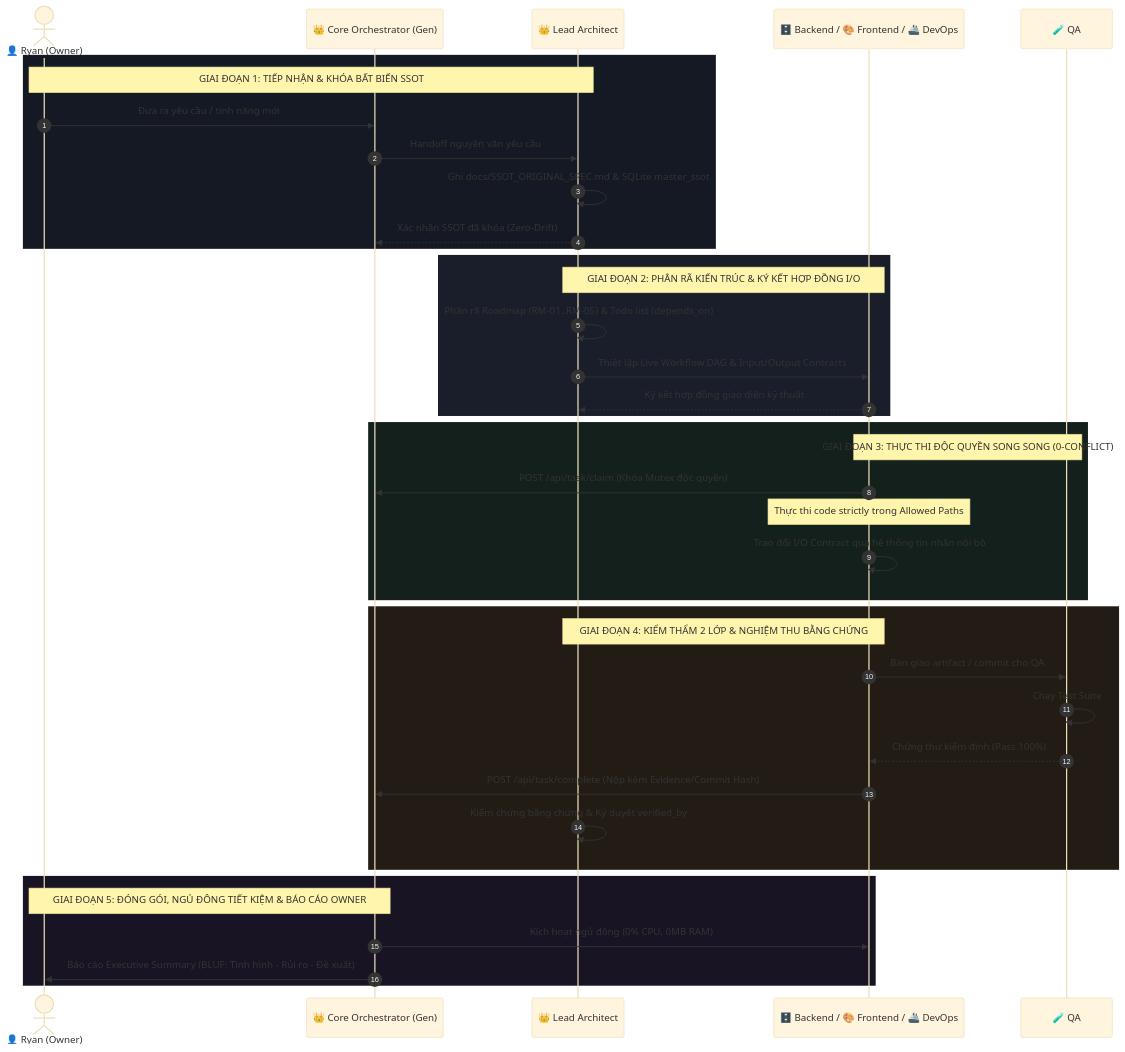
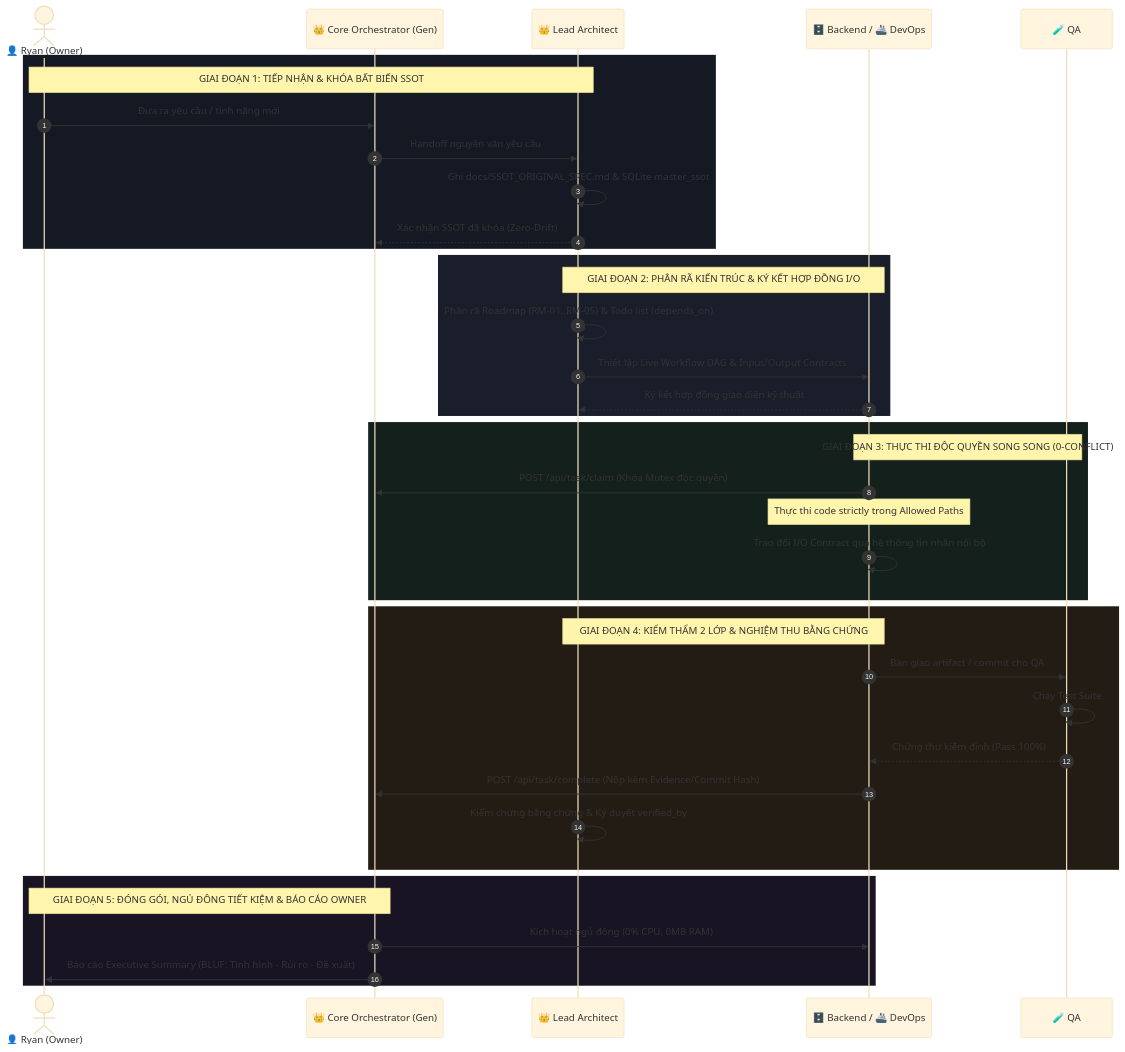
The second of 2 diagrams in docs/STANDARD_SQUAD_AND_WORKFLOW.md (Genesis-ryan-84-0567536339/gen-workplace), drawn with Mermaid (base theme) before and after one commit. The commit also changed other lines of this file and 14 other files, not shown here.

First line of the commit message:
Bỏ vai frontend (retired, giữ lịch sử); @frontend trả lỗi rõ; việc giao diện chuyển cho @backend (#39) (#40)

````diff
--- a/docs/STANDARD_SQUAD_AND_WORKFLOW.md
+++ b/docs/STANDARD_SQUAD_AND_WORKFLOW.md
@@ -89,51 +87,51 @@
 ```mermaid
 sequenceDiagram
     autonumber
     actor Owner as 👤 Ryan (Owner)
     participant Gen as 👑 Core Orchestrator (Gen)
     participant Lead as 👑 Lead Architect
-    participant Builders as 🗄️ Backend / 🎨 Frontend / 🚢 DevOps
+    participant Builders as 🗄️ Backend / 🚢 DevOps
     participant Verifiers as 🧪 QA
 
     %% Stage 1
     rect rgb(20, 25, 35)
     Note over Owner, Lead: GIAI ĐOẠN 1: TIẾP NHẬN & KHÓA BẤT BIẾN SSOT
     Owner->>Gen: Đưa ra yêu cầu / tính năng mới
     Gen->>Lead: Handoff nguyên văn yêu cầu
     Lead->>Lead: Ghi docs/SSOT_ORIGINAL_SPEC.md & SQLite master_ssot
     Lead-->>Gen: Xác nhận SSOT đã khóa (Zero-Drift)
     end
 
     %% Stage 2
     rect rgb(25, 30, 42)
     Note over Lead, Builders: GIAI ĐOẠN 2: PHÂN RÃ KIẾN TRÚC & KÝ KẾT HỢP ĐỒNG I/O
     Lead->>Lead: Phân rã Roadmap (RM-01..RM-05) & Todo list (depends_on)
     Lead->>Builders: Thiết lập Live Workflow DAG & Input/Output Contracts
     Builders-->>Lead: Ký kết hợp đồng giao diện kỹ thuật
     end
 
     %% Stage 3
     rect rgb(20, 32, 28)
     Note over Builders, Verifiers: GIAI ĐOẠN 3: THỰC THI ĐỘC QUYỀN SONG SONG (0-CONFLICT)
     Builders->>Gen: POST /api/task/claim (Khóa Mutex độc quyền)
     Note over Builders: Thực thi code strictly trong Allowed Paths
     Builders->>Builders: Trao đổi I/O Contract qua hệ thống tin nhắn nội bộ
     end
 
     %% Stage 4
     rect rgb(35, 28, 20)
     Note over Builders, Lead: GIAI ĐOẠN 4: KIỂM THẨM 2 LỚP & NGHIỆM THU BẰNG CHỨNG
     Builders->>Verifiers: Bàn giao artifact / commit cho QA
     Verifiers->>Verifiers: Chạy Test Suite
     Verifiers-->>Builders: Chứng thư kiểm định (Pass 100%)
     Builders->>Gen: POST /api/task/complete (Nộp kèm Evidence/Commit Hash)
     Lead->>Lead: Kiểm chứng bằng chứng & Ký duyệt verified_by
     end
 
     %% Stage 5
     rect rgb(24, 20, 35)
     Note over Gen, Owner: GIAI ĐOẠN 5: ĐÓNG GÓI, NGỦ ĐÔNG TIẾT KIỆM & BÁO CÁO OWNER
     Gen->>Builders: Kích hoạt ngủ đông (0% CPU, 0MB RAM)
     Gen->>Owner: Báo cáo Executive Summary (BLUF: Tình hình - Rủi ro - Đề xuất)
     end
 ```
````
